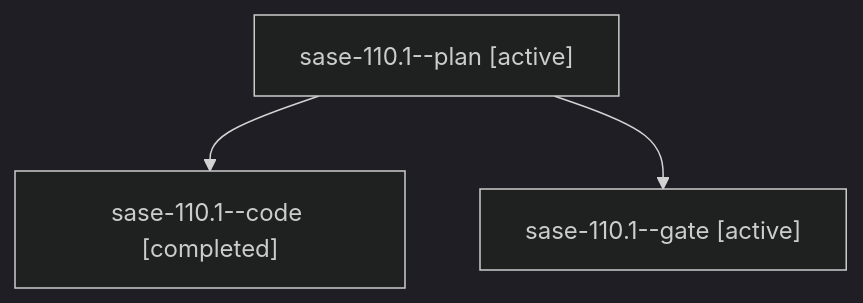
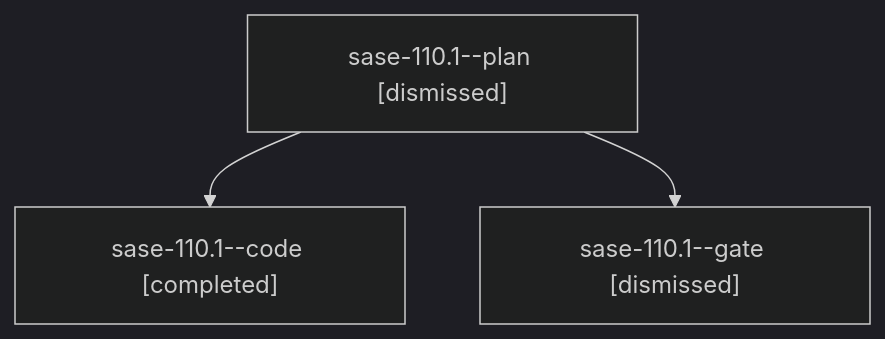
One commit to sase-org/sase--agents changed the diagram in sessions/bbugyi200.athena.sase-110.1.md. Above: the diagram before and after it, drawn with Mermaid (dark theme). The commit also changed other lines of this file and 104 other files, not shown here.

````diff
--- a/sessions/bbugyi200.athena.sase-110.1.md
+++ b/sessions/bbugyi200.athena.sase-110.1.md
@@ -9,8 +9,8 @@
 ```mermaid
 flowchart TD
-  n0["sase-110.1--plan [active]"]
+  n0["sase-110.1--plan [dismissed]"]
   n1["sase-110.1--code [completed]"]
   n0 --> n1
-  n2["sase-110.1--gate [active]"]
+  n2["sase-110.1--gate [dismissed]"]
   n0 --> n2
 ```
````
